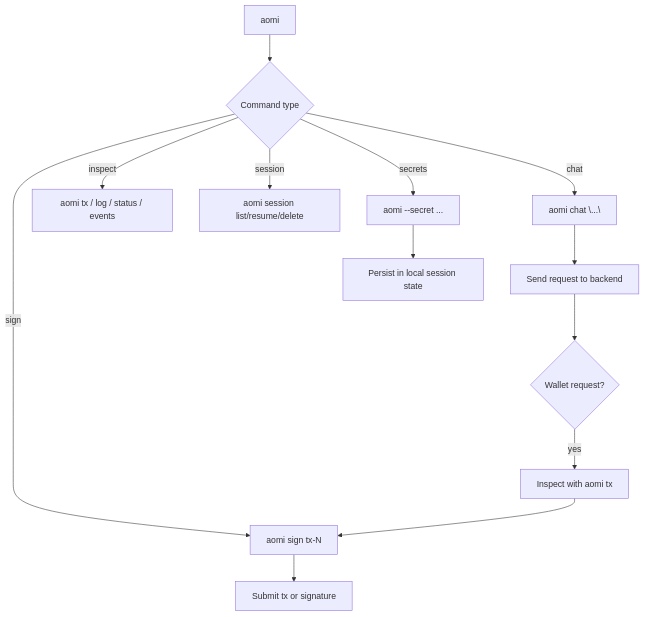
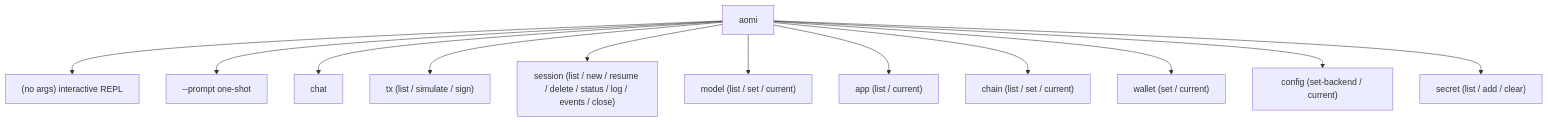
Before and after one commit to aomi-labs/docs: the first of 2 diagrams in reference/cli.mdx, drawn with Mermaid. The commit also changed other lines of this file and 8 other files, not shown here.

````diff
--- a/reference/cli.mdx
+++ b/reference/cli.mdx
@@ -25,15 +94,15 @@
 ```mermaid
 flowchart TD
-    START["aomi"] --> MODE{"Command type"}
-    MODE -->|"chat"| CHAT["aomi chat \"...\""]
-    MODE -->|"inspect"| INSPECT["aomi tx / log / status / events"]
-    MODE -->|"session"| SESSION["aomi session list/resume/delete"]
-    MODE -->|"secrets"| SECRET["aomi --secret ..."]
-    MODE -->|"sign"| SIGN["aomi sign tx-N"]
-    CHAT --> BACKEND["Send request to backend"]
-    SECRET --> STATE["Persist in local session state"]
-    BACKEND --> QUEUE{"Wallet request?"}
-    QUEUE -->|"yes"| TX["Inspect with aomi tx"]
-    TX --> SIGN
-    SIGN --> RESULT["Submit tx or signature"]
+    ROOT["aomi"]
+    ROOT --> REPL["(no args) interactive REPL"]
+    ROOT --> PROMPT["--prompt one-shot"]
+    ROOT --> CHAT["chat"]
+    ROOT --> TX["tx (list / simulate / sign)"]
+    ROOT --> SESSION["session (list / new / resume / delete / status / log / events / close)"]
+    ROOT --> MODEL["model (list / set / current)"]
+    ROOT --> APP["app (list / current)"]
+    ROOT --> CHAIN["chain (list / set / current)"]
+    ROOT --> WALLET["wallet (set / current)"]
+    ROOT --> CONFIG["config (set-backend / current)"]
+    ROOT --> SECRET["secret (list / add / clear)"]
 ```
````
